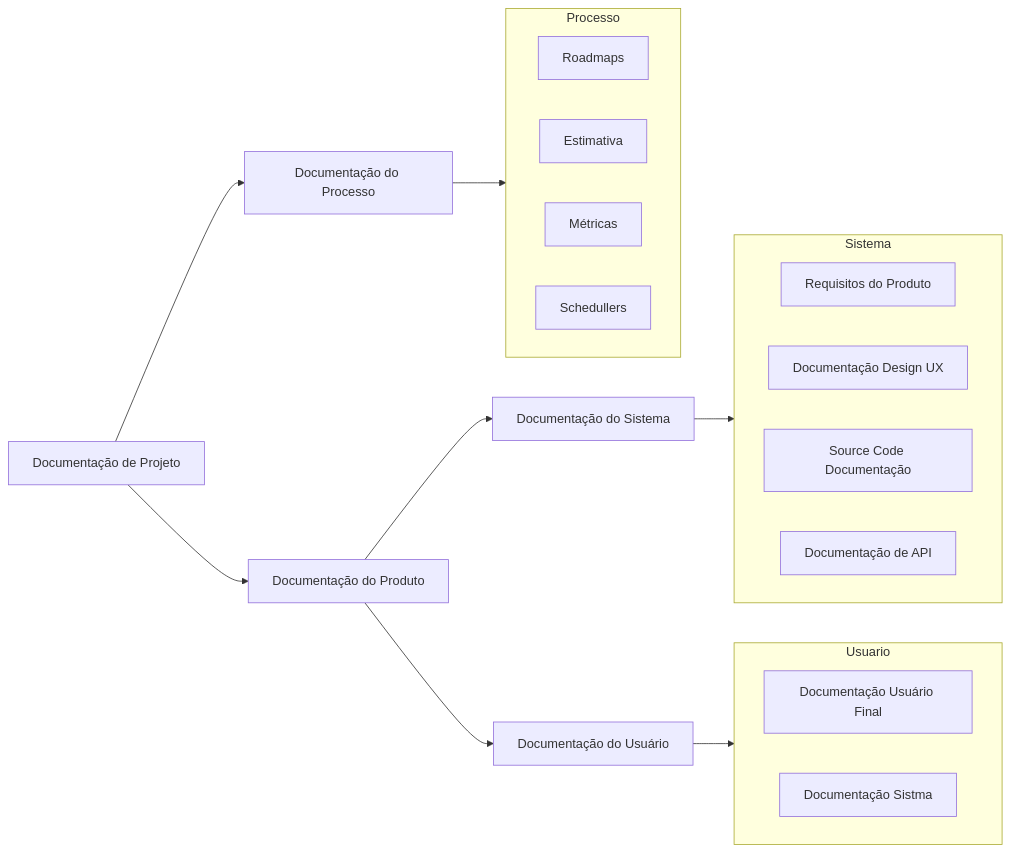
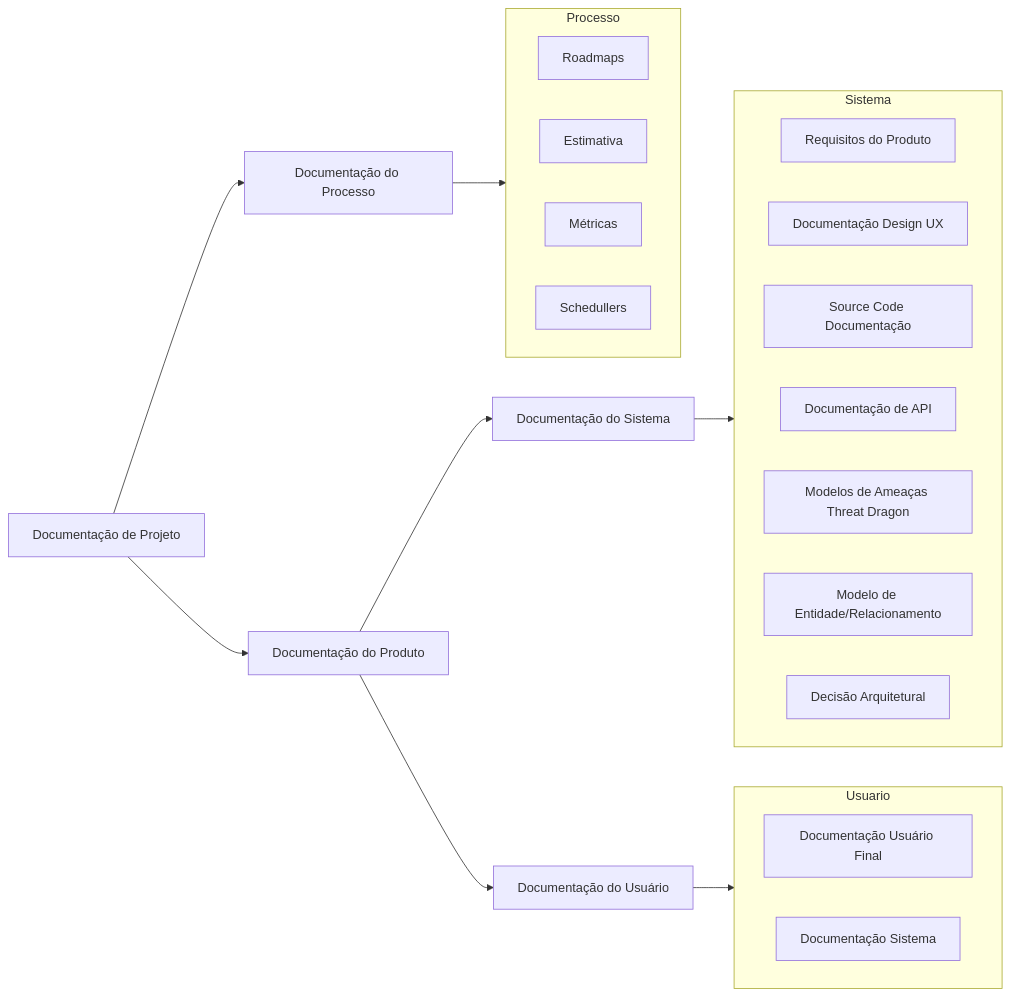
Before and after one commit to 60pportunities/EngenhariaSoftware: the second of 4 diagrams in docs/Documentação como Código/Cultura da Documentação.md, drawn with Mermaid. The commit also changed other lines of this file and 94 other files, not shown here.

````diff
--- a/docs/Documentação como Código/Cultura da Documentação.md
+++ b/docs/Documentação como Código/Cultura da Documentação.md
@@ -29,27 +35,30 @@
 ```mermaid
 graph LR
     A[Documentação de Projeto] --> A0[Documentação do Produto] & A1[Documentação do Processo]
     A0  --> B0[Documentação do Sistema] & B1[Documentação do Usuário]
     subgraph Sistema
       direction LR
       B01[Requisitos do Produto]
       B02[Documentação Design UX]
       B03[Source Code Documentação]
       B04[Documentação de API]
+      B05[Modelos de Ameaças Threat Dragon]
+      B06[Modelo de Entidade/Relacionamento]
+      B07[Decisão Arquitetural]
     end
     subgraph Usuario
       direction LR
       C01[Documentação Usuário Final]
-      C02[Documentação Sistma]
+      C02[Documentação Sistema]
     end
     subgraph Processo
       direction LR
       D01[Roadmaps]
       D02[Estimativa]
       D03[Métricas]
       D04[Schedullers]
     end
     A1 --> Processo
     B0 --> Sistema
     B1 --> Usuario
 ```
````
